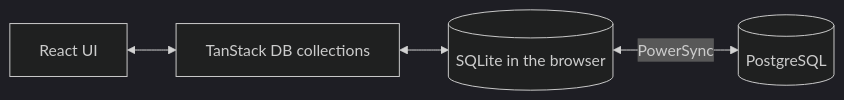
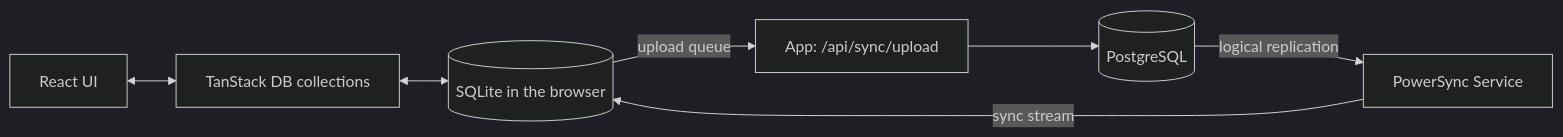
The diagram in README.md (AkosKappel/oriel), drawn with Mermaid (dark theme) before and after one commit. The commit also changed other lines of this file and 28 other files, not shown here.

First line of the commit message:
Sync devices through a self-hosted PowerSync Service

````diff
--- a/README.md
+++ b/README.md
@@ -56,6 +56,9 @@
 ```mermaid
 flowchart LR
   UI[React UI] <--> DB[TanStack DB collections]
   DB <--> Local[(SQLite in the browser)]
-  Local <-->|PowerSync| Server[(PostgreSQL)]
+  Local -->|upload queue| Upload[App: /api/sync/upload]
+  Upload --> PG[(PostgreSQL)]
+  PG -->|logical replication| PS[PowerSync Service]
+  PS -->|sync stream| Local
 ```
````
